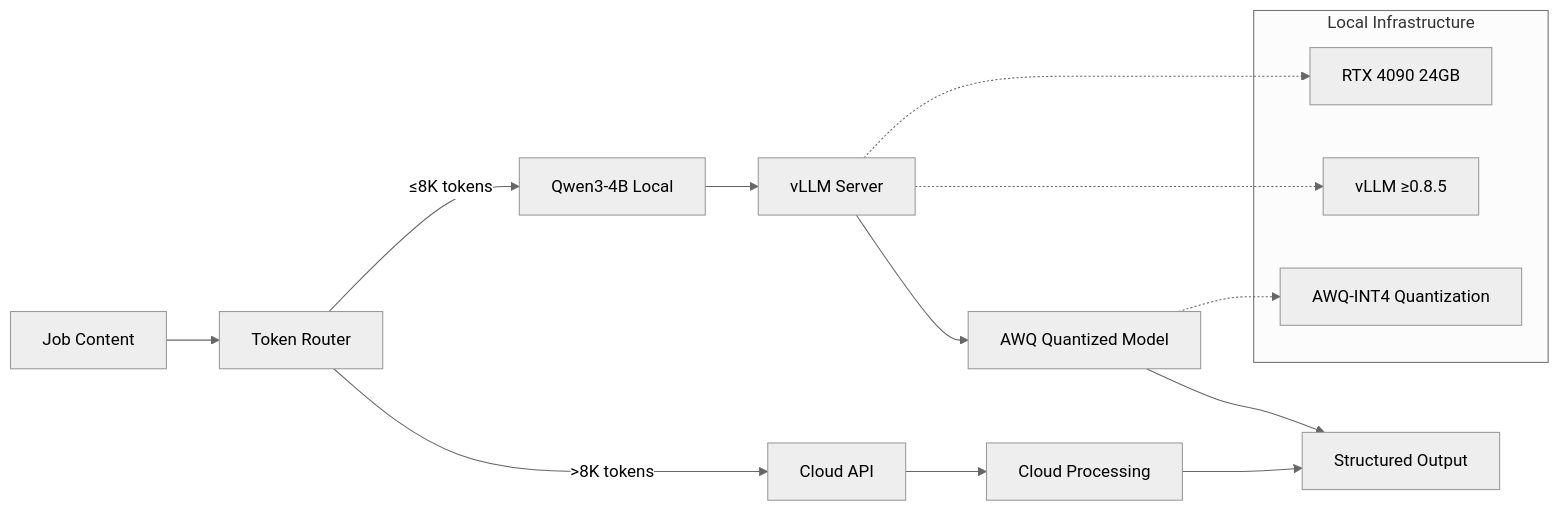
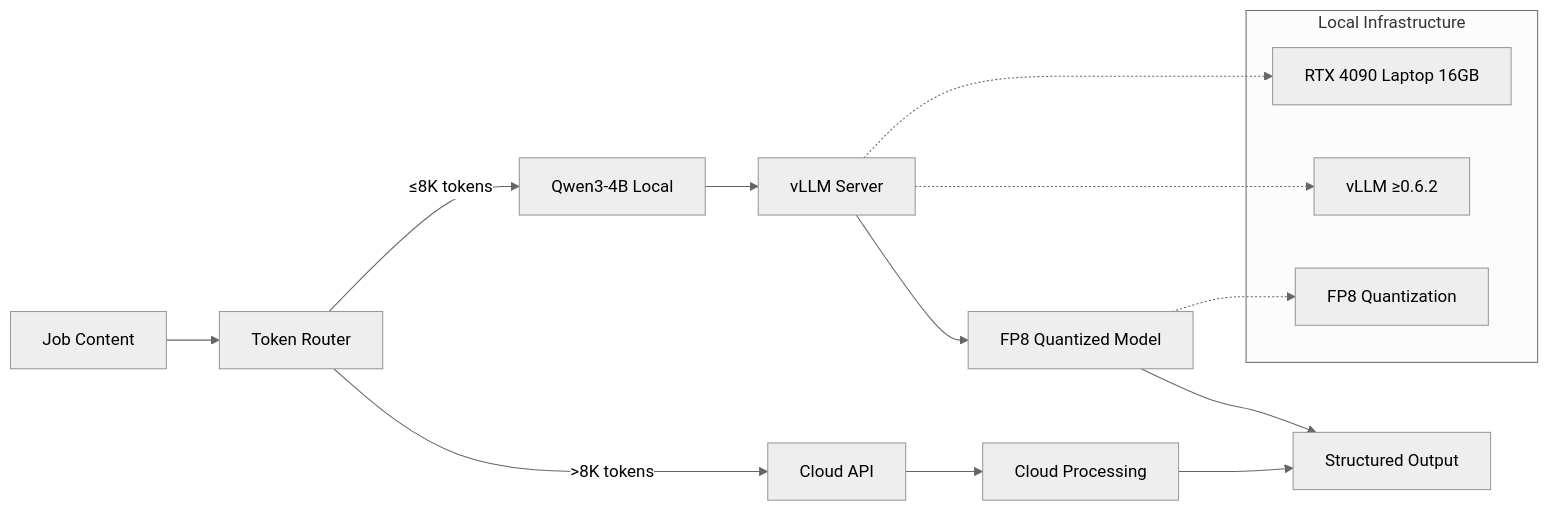
Before and after one commit to BjornMelin/ai-job-scraper: the second of 2 diagrams in docs/adrs/ADR-009-llm-selection-strategy.md, drawn with Mermaid (neutral theme). The commit also changed other lines of this file and 11 other files, not shown here.

````diff
--- a/docs/adrs/ADR-009-llm-selection-strategy.md
+++ b/docs/adrs/ADR-009-llm-selection-strategy.md
@@ -137,23 +138,23 @@
 ```mermaid
 graph LR
     A[Job Content] --> B[Token Router]
     B -->|≤8K tokens| C[Qwen3-4B Local]
     B -->|>8K tokens| D[Cloud API]
     
     C --> E[vLLM Server]
-    E --> F[AWQ Quantized Model]
+    E --> F[FP8 Quantized Model]
     F --> G[Structured Output]
     
     D --> H[Cloud Processing]
     H --> G
     
     subgraph "Local Infrastructure"
-        I[RTX 4090 24GB]
-        J[vLLM ≥0.8.5]
-        K[AWQ-INT4 Quantization]
+        I[RTX 4090 Laptop 16GB]
+        J[vLLM ≥0.6.2]
+        K[FP8 Quantization]
     end
     
     E -.-> I
     E -.-> J
     F -.-> K
 ```
````
